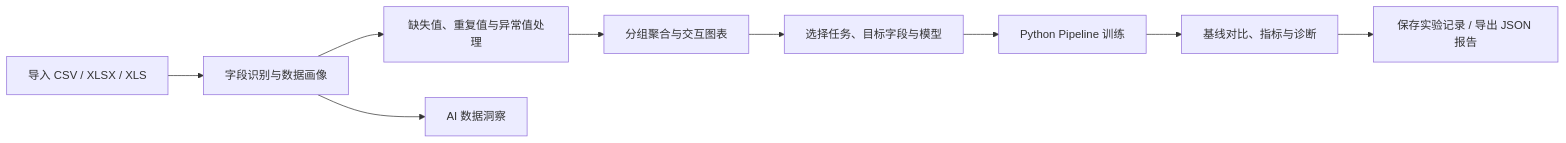
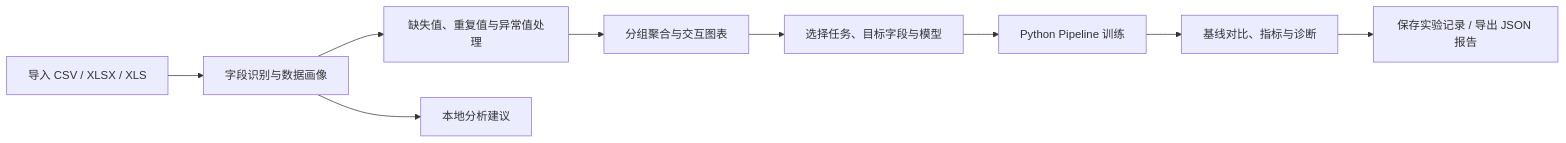
The first of 2 diagrams in README.md (osiris11111111/data-science-workbench), drawn with Mermaid before and after one commit. The commit also changed other lines of this file and 10 other files, not shown here.

````diff
--- a/README.md
+++ b/README.md
@@ -39,11 +35,11 @@
 ```mermaid
 flowchart LR
     A[导入 CSV / XLSX / XLS] --> B[字段识别与数据画像]
     B --> C[缺失值、重复值与异常值处理]
     C --> D[分组聚合与交互图表]
     D --> E[选择任务、目标字段与模型]
     E --> F[Python Pipeline 训练]
     F --> G[基线对比、指标与诊断]
     G --> H[保存实验记录 / 导出 JSON 报告]
-    B --> I[AI 数据洞察]
+    B --> I[本地分析建议]
 ```
````
